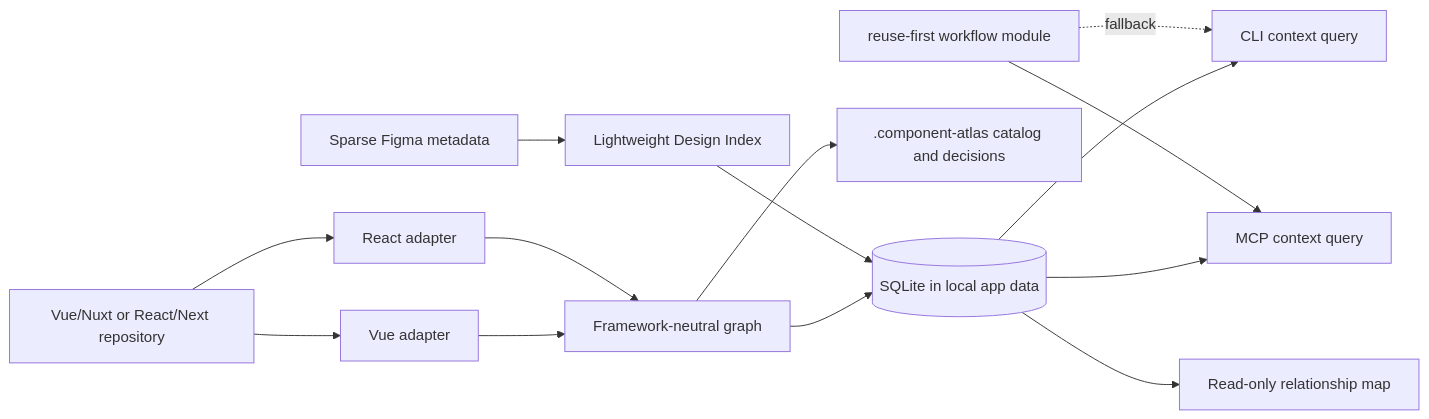
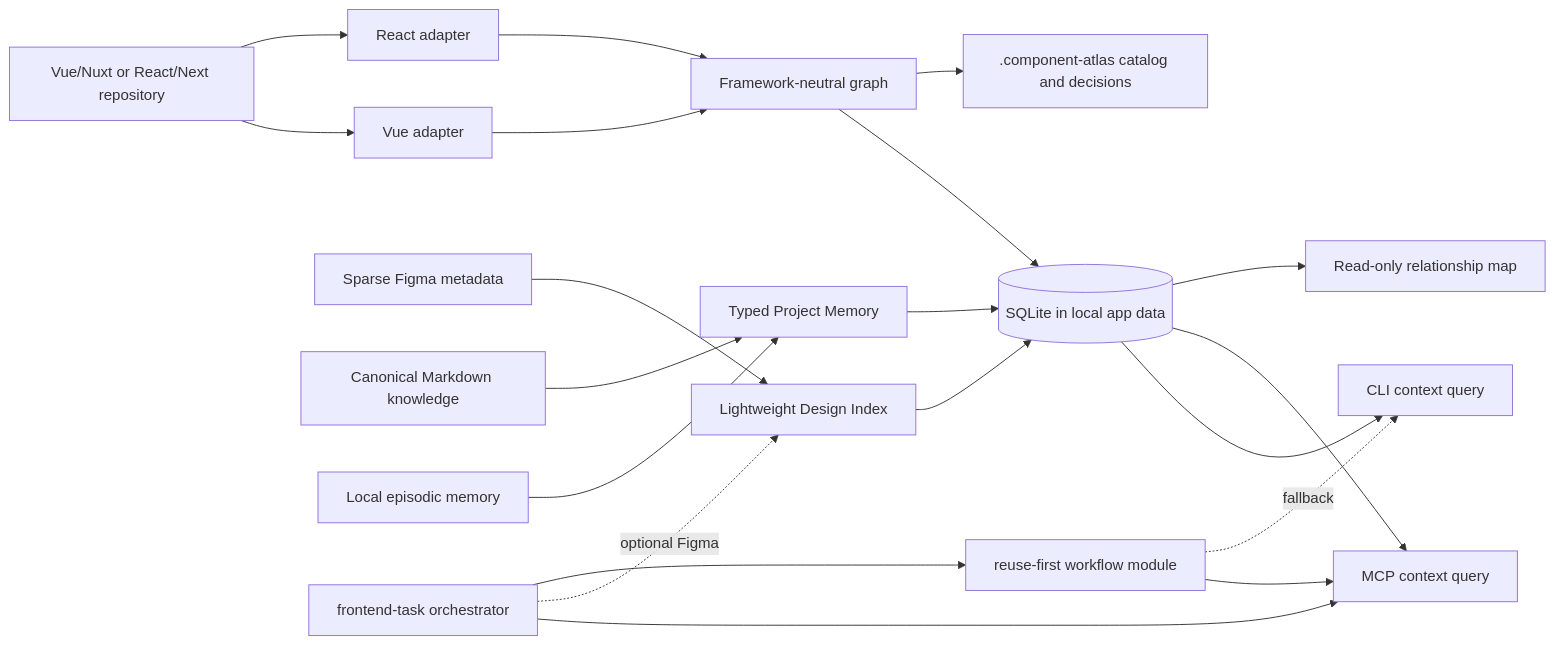
One commit to jesus-molano/project-atlas changed the diagram in docs/architecture.md. Above: the diagram before and after it, drawn with Mermaid. The commit also changed other lines of this file and 50 other files, not shown here.

Commit message:
feat: add portable Project Atlas memory

````diff
--- a/docs/architecture.md
+++ b/docs/architecture.md
@@ -6,29 +7,39 @@
 ```mermaid
 flowchart LR
   R[Vue/Nuxt or React/Next repository]
   V[Vue adapter]
   X[React adapter]
   G[Framework-neutral graph]
   F[Sparse Figma metadata]
   D[Lightweight Design Index]
+  H[Canonical Markdown knowledge]
+  E[Local episodic memory]
+  P[Typed Project Memory]
   S[(SQLite in local app data)]
   A[.component-atlas catalog and decisions]
   C[CLI context query]
   M[MCP context query]
   W[Read-only relationship map]
+  T[frontend-task orchestrator]
   K[reuse-first workflow module]
 
   R --> V
   R --> X
   V --> G
   X --> G
   F --> D
   G --> S
   D --> S
+  H --> P
+  E --> P
+  P --> S
   G --> A
   S --> C
   S --> M
   S --> W
+  T --> M
+  T -. optional Figma .-> D
+  T --> K
   K --> M
   K -. fallback .-> C
 ```
````
